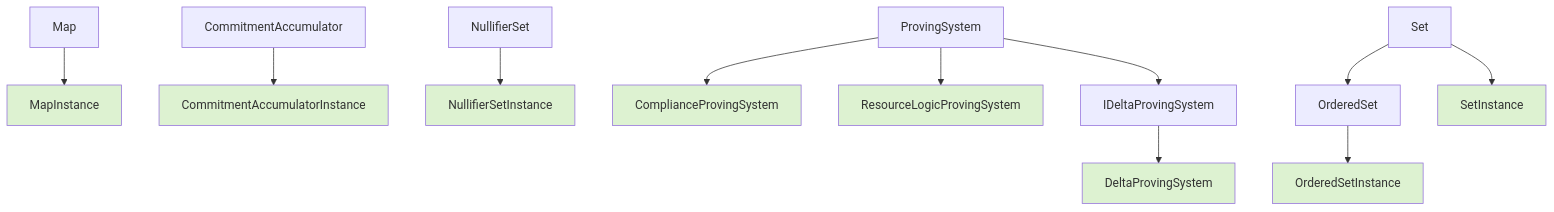
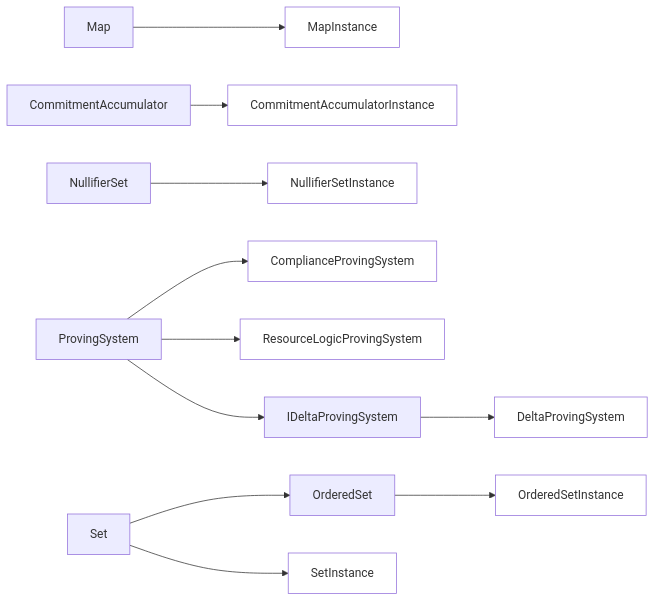
The first of 2 diagrams in docs/arch/system/state/resource_machine/primitive_interfaces/index.md (anoma/nspec), drawn with Mermaid before and after one commit. The commit also changed other lines of this file, not shown here.

Commit message:
Use transparent fill in diagrams to support dark theme

````diff
--- a/docs/arch/system/state/resource_machine/primitive_interfaces/index.md
+++ b/docs/arch/system/state/resource_machine/primitive_interfaces/index.md
@@ -15,27 +16,26 @@
-``` mermaid
-
-flowchart TB
+```mermaid
+flowchart LR
     ProvingSystem
     Set --> OrderedSet
     Map --> MapInstance
     CommitmentAccumulator --> CommitmentAccumulatorInstance
     NullifierSet --> NullifierSetInstance
 
     OrderedSet --> OrderedSetInstance
     Set --> SetInstance
 
-    style SetInstance fill:#ddf2d1
-    style OrderedSetInstance fill:#ddf2d1
-    style MapInstance fill:#ddf2d1
-    style CommitmentAccumulatorInstance fill:#ddf2d1
-    style NullifierSetInstance fill:#ddf2d1
+    style SetInstance fill:transparent
+    style OrderedSetInstance fill:transparent
+    style MapInstance fill:transparent
+    style CommitmentAccumulatorInstance fill:transparent
+    style NullifierSetInstance fill:transparent
 
 
     ProvingSystem --> ComplianceProvingSystem
     ProvingSystem --> ResourceLogicProvingSystem
     ProvingSystem --> IDeltaProvingSystem
     IDeltaProvingSystem --> DeltaProvingSystem
-    style ComplianceProvingSystem fill:#ddf2d1
-    style ResourceLogicProvingSystem fill:#ddf2d1
-    style DeltaProvingSystem fill:#ddf2d1
+    style ComplianceProvingSystem fill:transparent
+    style ResourceLogicProvingSystem fill:transparent
+    style DeltaProvingSystem fill:transparent
 ```
````
